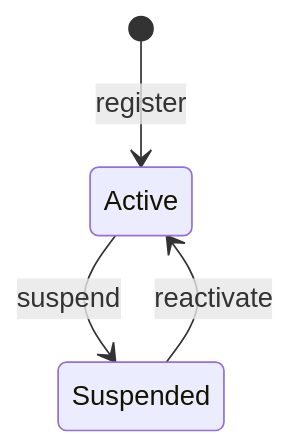
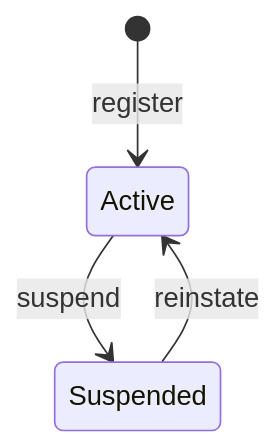
One commit to jackyjiale-oss/modulith-backend changed the diagram in docs/modules/auth.md. Above: the diagram before and after it, drawn with Mermaid. The commit also changed other lines of this file and 13 other files, not shown here.

````diff
--- a/docs/modules/auth.md
+++ b/docs/modules/auth.md
@@ -34,6 +44,6 @@
 ```mermaid
 stateDiagram-v2
     [*] --> Active: register
     Active --> Suspended: suspend
-    Suspended --> Active: reactivate
+    Suspended --> Active: reinstate
 ```
````
